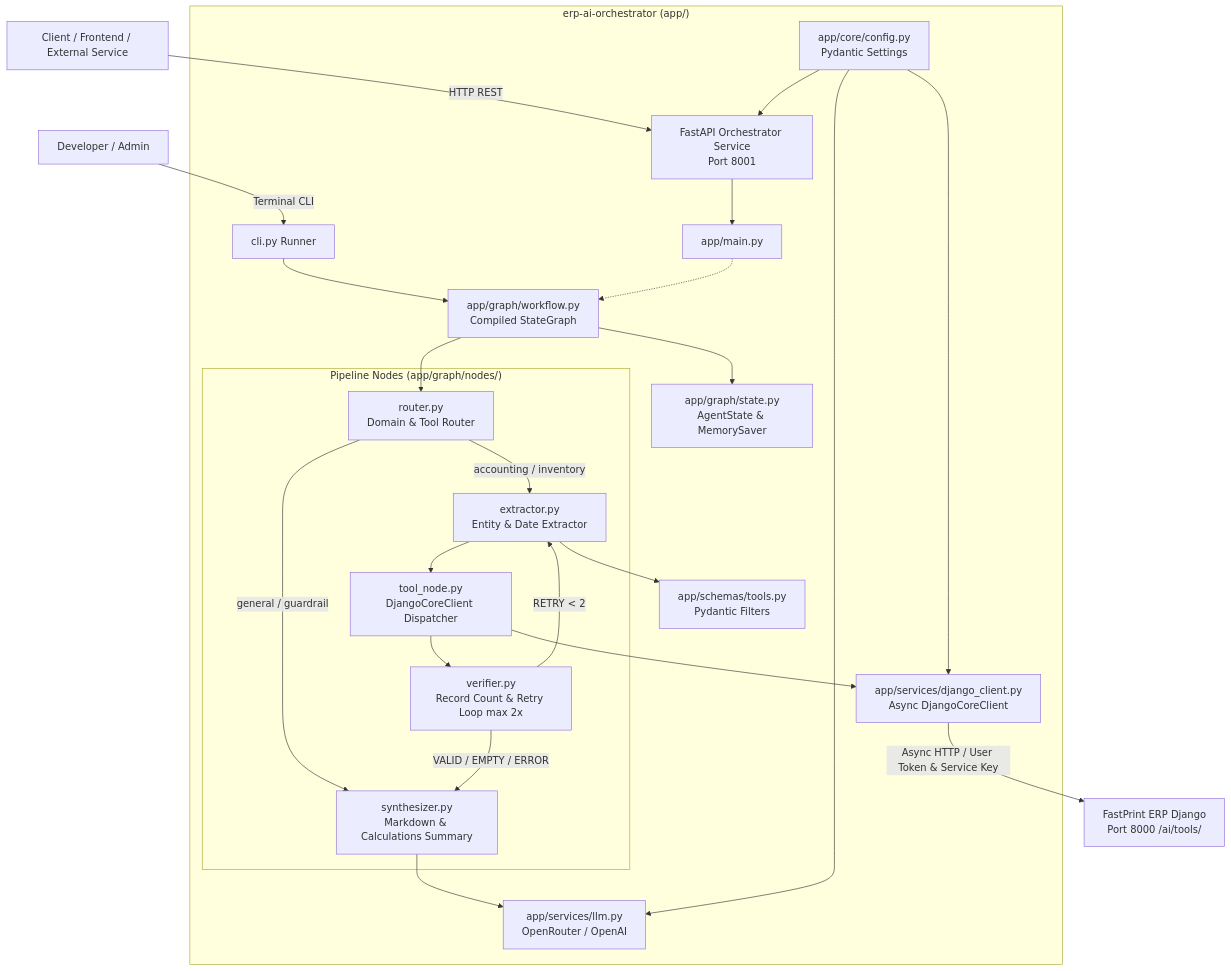
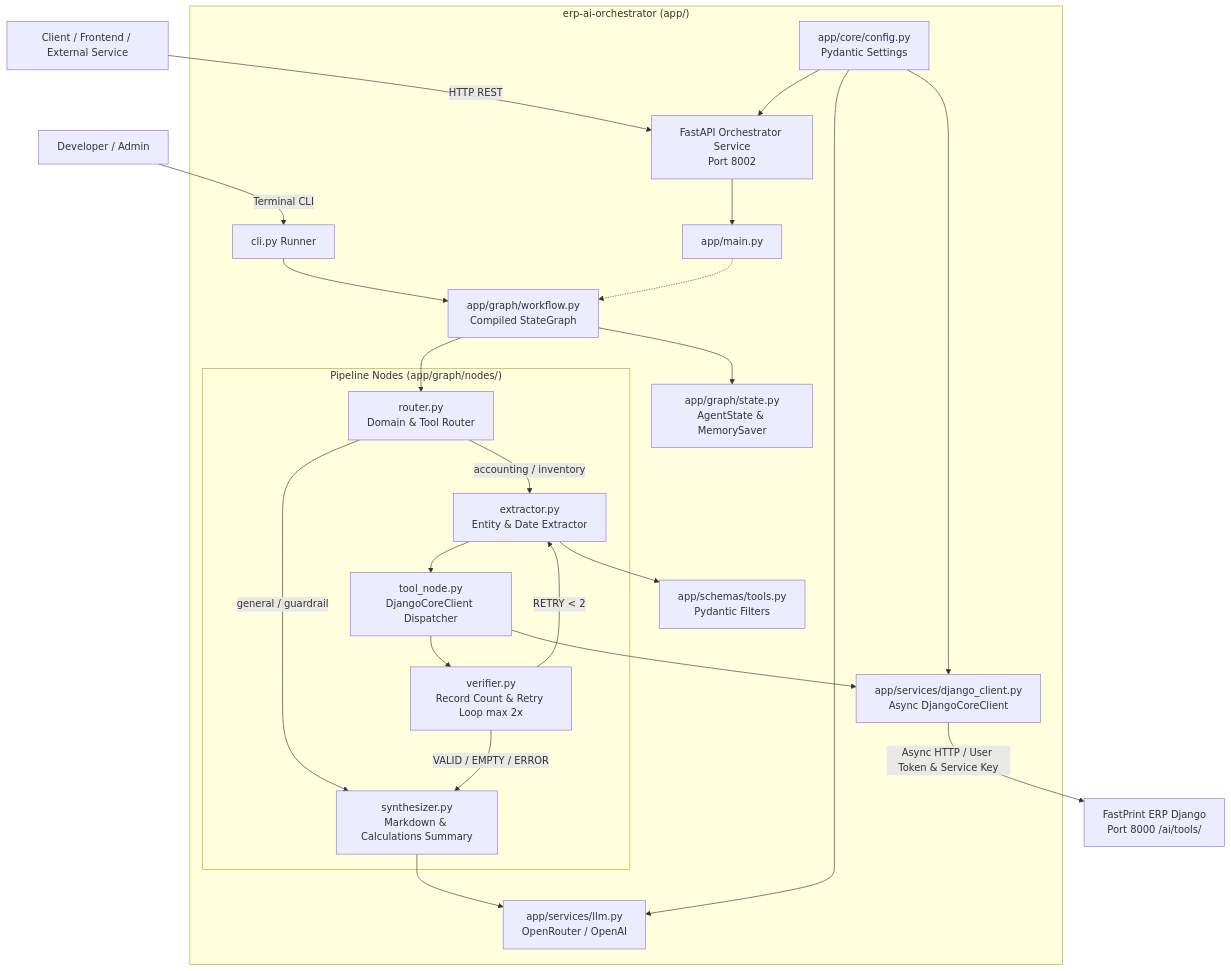
One commit to ReynaldiRP/erp-langgraph changed the diagram in README.md. Above: the diagram before and after it, drawn with Mermaid. The commit also changed other lines of this file and 5 other files, not shown here.

````diff
--- a/README.md
+++ b/README.md
@@ -9,39 +9,39 @@
 ```mermaid
 graph TD
-    Client[Client / Frontend / External Service] -->|HTTP REST| API[FastAPI Orchestrator Service<br/>Port 8001]
+    Client[Client / Frontend / External Service] -->|HTTP REST| API[FastAPI Orchestrator Service<br/>Port 8002]
     Terminal[Developer / Admin] -->|Terminal CLI| CLI[cli.py Runner]
     
     subgraph "erp-ai-orchestrator (app/)"
         API --> AppMain[app/main.py]
         CLI --> Workflow[app/graph/workflow.py<br/>Compiled StateGraph]
         AppMain -.-> Workflow
         
         Workflow --> State[app/graph/state.py<br/>AgentState & MemorySaver]
         
         subgraph "Pipeline Nodes (app/graph/nodes/)"
             Router[router.py<br/>Domain & Tool Router]
             Extractor[extractor.py<br/>Entity & Date Extractor]
             ToolNode[tool_node.py<br/>DjangoCoreClient Dispatcher]
             Verifier[verifier.py<br/>Record Count & Retry Loop max 2x]
             Synthesizer[synthesizer.py<br/>Markdown & Calculations Summary]
         end
         
         Workflow --> Router
         Router -->|accounting / inventory| Extractor
         Router -->|general / guardrail| Synthesizer
         Extractor --> ToolNode
         ToolNode --> Verifier
         Verifier -->|RETRY < 2| Extractor
         Verifier -->|VALID / EMPTY / ERROR| Synthesizer
         
         Extractor --> Schemas[app/schemas/tools.py<br/>Pydantic Filters]
         ToolNode --> AsyncClient[app/services/django_client.py<br/>Async DjangoCoreClient]
         Synthesizer --> LLM[app/services/llm.py<br/>OpenRouter / OpenAI]
         
         Config[app/core/config.py<br/>Pydantic Settings] --> API
         Config --> AsyncClient
         Config --> LLM
     end
     
     AsyncClient -->|Async HTTP / User Token & Service Key| ERP[FastPrint ERP Django<br/>Port 8000 /ai/tools/]
 ```
````
